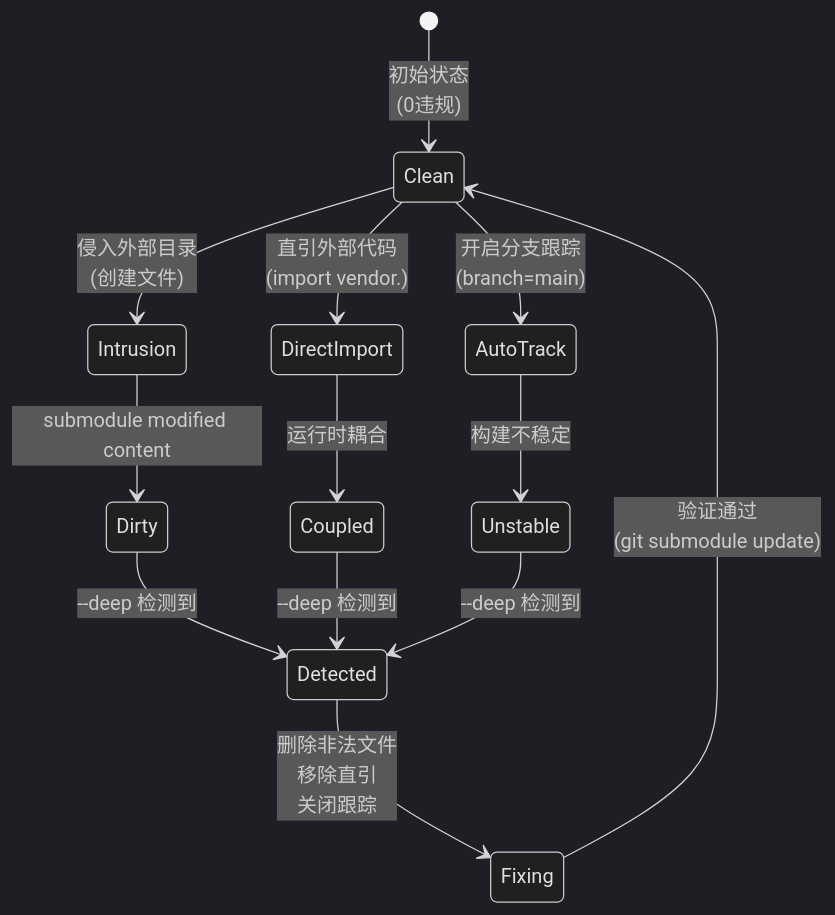
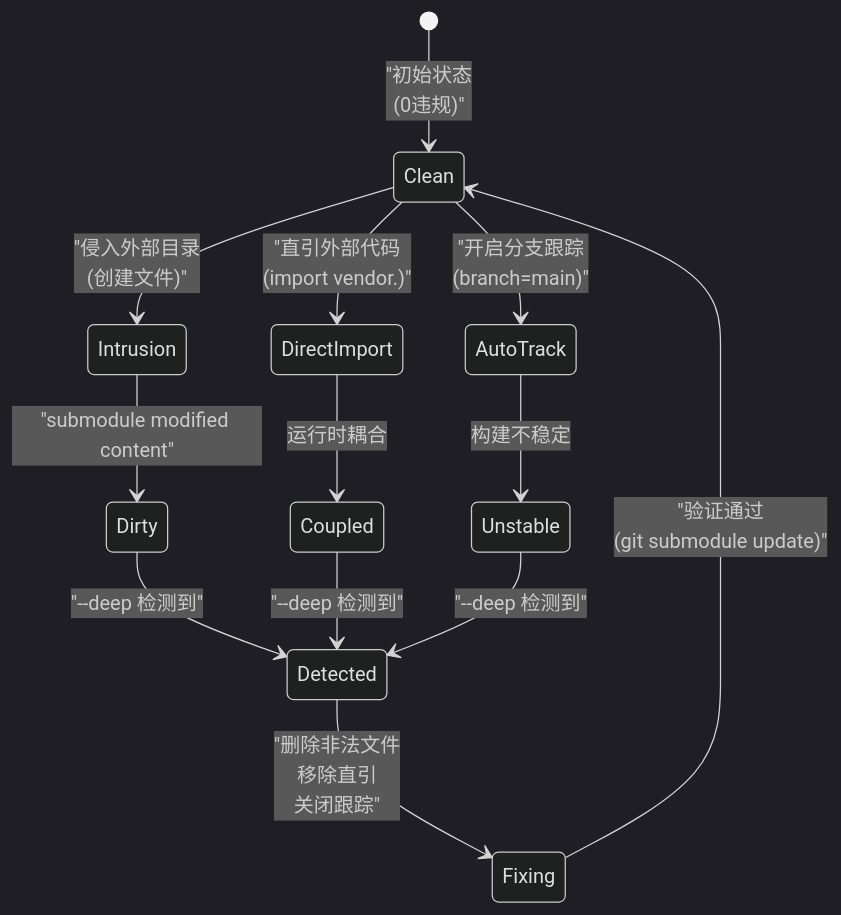
One commit to xinetzone/SpecWeave changed the fourth of 4 diagrams in docs/retrospective/patterns/methodology-patterns/governance-strategy/four-negatives-external-dependency.md. Above: the diagram before and after it, drawn with Mermaid (dark theme). The commit also changed other lines of this file and 11 other files, not shown here.

First line of the commit message:
docs(retrospective): Mermaid 渲染回归复盘与治理闭环

````diff
--- a/docs/retrospective/patterns/methodology-patterns/governance-strategy/four-negatives-external-dependency.md
+++ b/docs/retrospective/patterns/methodology-patterns/governance-strategy/four-negatives-external-dependency.md
@@ -160,15 +148,15 @@
 ```mermaid
 stateDiagram-v2
-    [*] --> Clean: 初始状态<br/>(0违规)
-    Clean --> Intrusion: 侵入外部目录<br/>(创建文件)
-    Clean --> DirectImport: 直引外部代码<br/>(import vendor.)
-    Clean --> AutoTrack: 开启分支跟踪<br/>(branch=main)
-    Intrusion --> Dirty: submodule modified content
+    [*] --> Clean: "初始状态<br/>(0违规)"
+    Clean --> Intrusion: "侵入外部目录<br/>(创建文件)"
+    Clean --> DirectImport: "直引外部代码<br/>(import vendor.)"
+    Clean --> AutoTrack: "开启分支跟踪<br/>(branch=main)"
+    Intrusion --> Dirty: "submodule modified content"
     DirectImport --> Coupled: 运行时耦合
     AutoTrack --> Unstable: 构建不稳定
-    Dirty --> Detected: --deep 检测到
-    Coupled --> Detected: --deep 检测到
-    Unstable --> Detected: --deep 检测到
-    Detected --> Fixing: 删除非法文件<br/>移除直引<br/>关闭跟踪
-    Fixing --> Clean: 验证通过<br/>(git submodule update)
+    Dirty --> Detected: "--deep 检测到"
+    Coupled --> Detected: "--deep 检测到"
+    Unstable --> Detected: "--deep 检测到"
+    Detected --> Fixing: "删除非法文件<br/>移除直引<br/>关闭跟踪"
+    Fixing --> Clean: "验证通过<br/>(git submodule update)"
 ```
````
